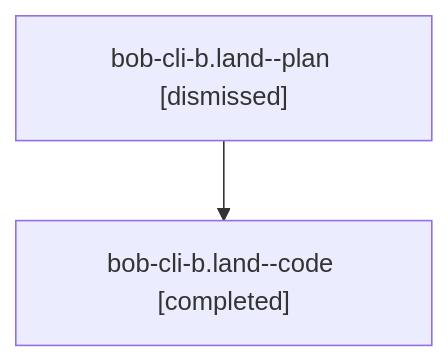
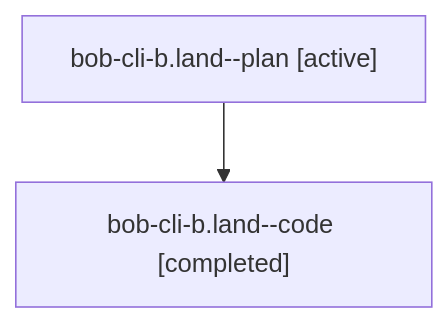
The diagram in families/bbugyi200.athena.bob-cli-b.land.md (bobs-org/bob-cli--agents), drawn with Mermaid before and after one commit. The commit also changed other lines of this file and 122 other files, not shown here.

````diff
--- a/families/bbugyi200.athena.bob-cli-b.land.md
+++ b/families/bbugyi200.athena.bob-cli-b.land.md
@@ -9,6 +9,6 @@
 ```mermaid
 flowchart TD
-  n0["bob-cli-b.land--plan [dismissed]"]
+  n0["bob-cli-b.land--plan [active]"]
   n1["bob-cli-b.land--code [completed]"]
   n0 --> n1
 ```
````
